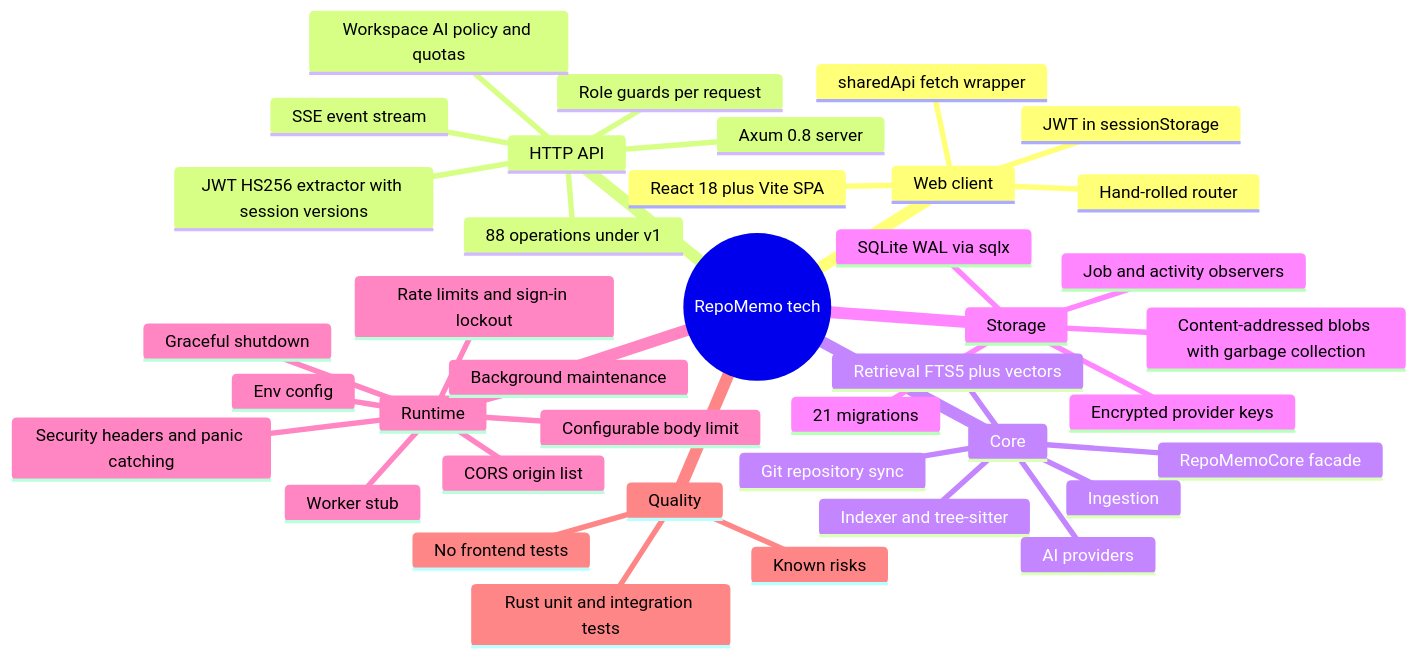
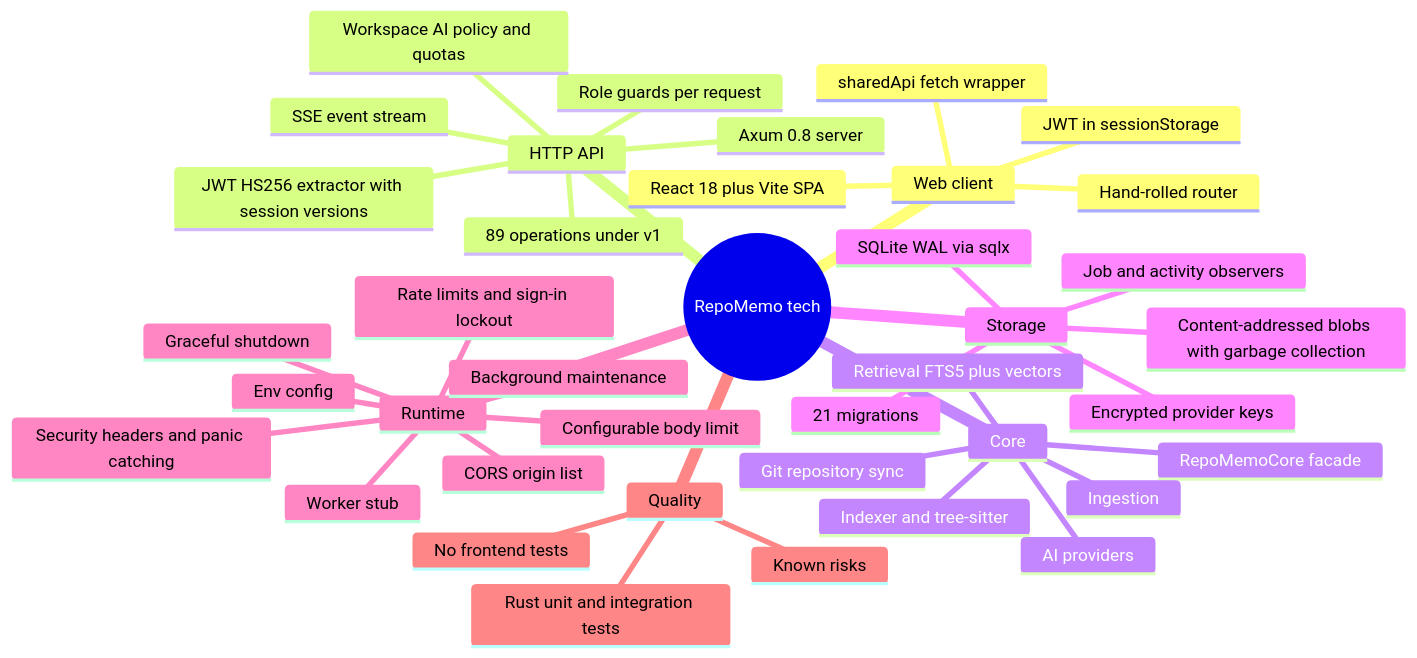
Before and after one commit to winksen/RepoMemo: the first of 6 diagrams in mindmap/TECHNICAL_MINDMAP.md, drawn with Mermaid. The commit also changed other lines of this file and 19 other files, not shown here.

````diff
--- a/mindmap/TECHNICAL_MINDMAP.md
+++ b/mindmap/TECHNICAL_MINDMAP.md
@@ -11,42 +11,42 @@
 ```mermaid
 mindmap
   root((RepoMemo tech))
     Web client
       React 18 plus Vite SPA
       Hand-rolled router
       sharedApi fetch wrapper
       JWT in sessionStorage
     HTTP API
       Axum 0.8 server
-      88 operations under v1
+      89 operations under v1
       JWT HS256 extractor with session versions
       Role guards per request
       Workspace AI policy and quotas
       SSE event stream
     Core
       RepoMemoCore facade
       Ingestion
       Indexer and tree-sitter
       Retrieval FTS5 plus vectors
       Git repository sync
       AI providers
     Storage
       SQLite WAL via sqlx
       21 migrations
       Content-addressed blobs with garbage collection
       Encrypted provider keys
       Job and activity observers
     Runtime
       Env config
       CORS origin list
       Configurable body limit
       Rate limits and sign-in lockout
       Security headers and panic catching
       Background maintenance
       Graceful shutdown
       Worker stub
     Quality
       Rust unit and integration tests
       No frontend tests
       Known risks
 ```
````
